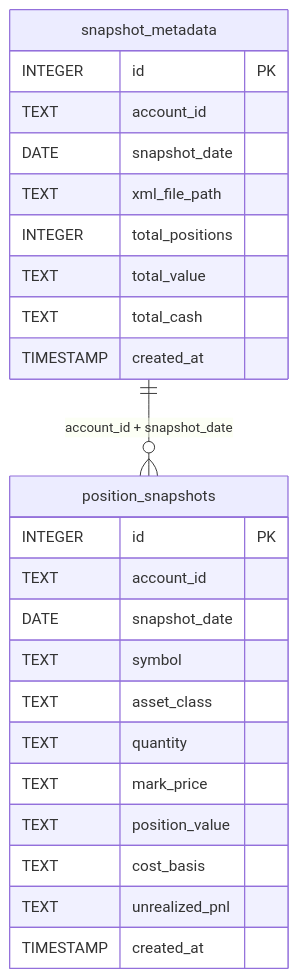
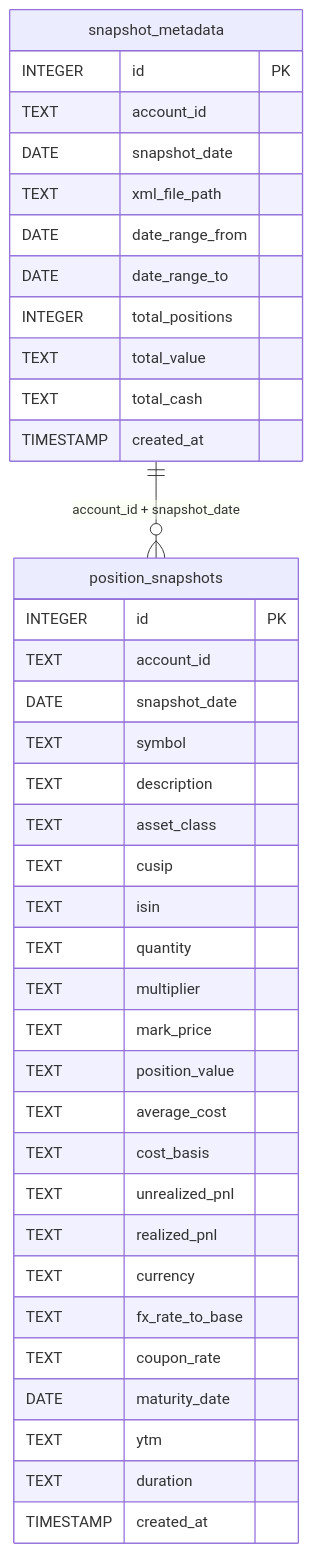
The diagram in docs/database-schema.md (knishioka/ib-sec-mcp), drawn with Mermaid before and after one commit. The commit also changed 2 other files, not shown here.

Commit message:
docs: address review feedback on precision, ER diagram, and CLI docs
- Fix Decimal precision claim in calculators.md to note float conversion
  for exponentiation operations (YTM, CAGR, Sharpe)
- Complete ER diagram in database-schema.md with all columns from DDL
- Correct sync_positions.py CLI entry point documentation (not registered
  in pyproject.toml)

````diff
--- a/docs/database-schema.md
+++ b/docs/database-schema.md
@@ -246,29 +246,43 @@
 ```mermaid
 erDiagram
     position_snapshots {
         INTEGER id PK
         TEXT account_id
         DATE snapshot_date
         TEXT symbol
+        TEXT description
         TEXT asset_class
+        TEXT cusip
+        TEXT isin
         TEXT quantity
+        TEXT multiplier
         TEXT mark_price
         TEXT position_value
+        TEXT average_cost
         TEXT cost_basis
         TEXT unrealized_pnl
+        TEXT realized_pnl
+        TEXT currency
+        TEXT fx_rate_to_base
+        TEXT coupon_rate
+        DATE maturity_date
+        TEXT ytm
+        TEXT duration
         TIMESTAMP created_at
     }
 
     snapshot_metadata {
         INTEGER id PK
         TEXT account_id
         DATE snapshot_date
         TEXT xml_file_path
+        DATE date_range_from
+        DATE date_range_to
         INTEGER total_positions
         TEXT total_value
         TEXT total_cash
         TIMESTAMP created_at
     }
 
     snapshot_metadata ||--o{ position_snapshots : "account_id + snapshot_date"
 ```
````
